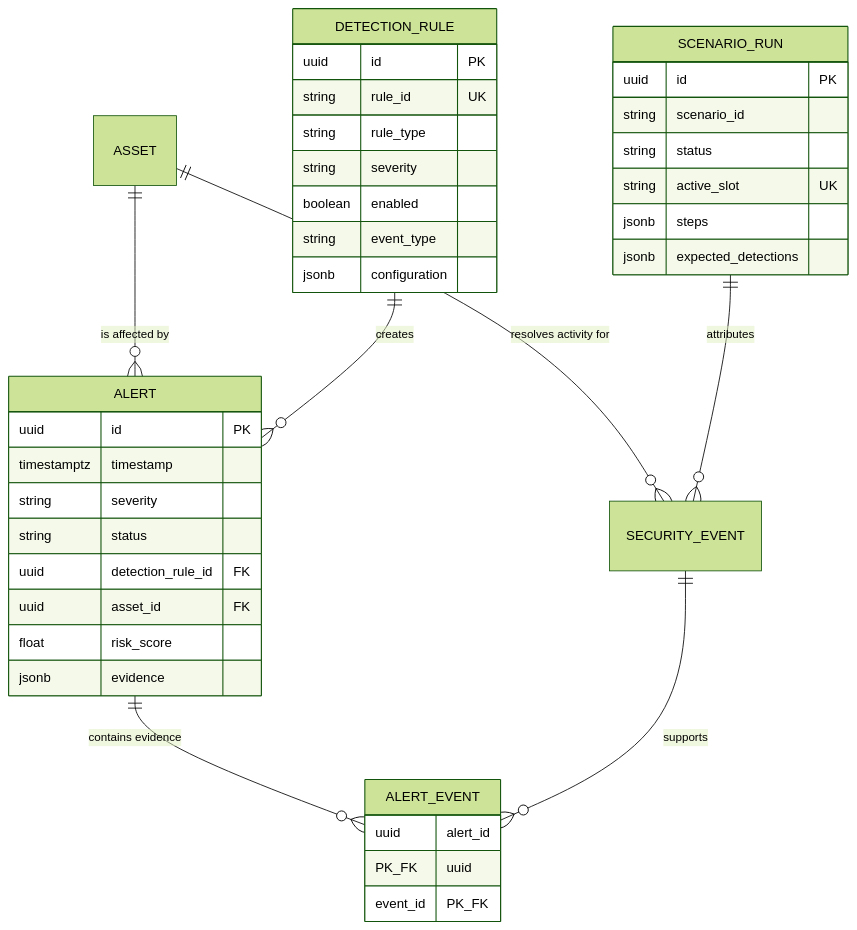
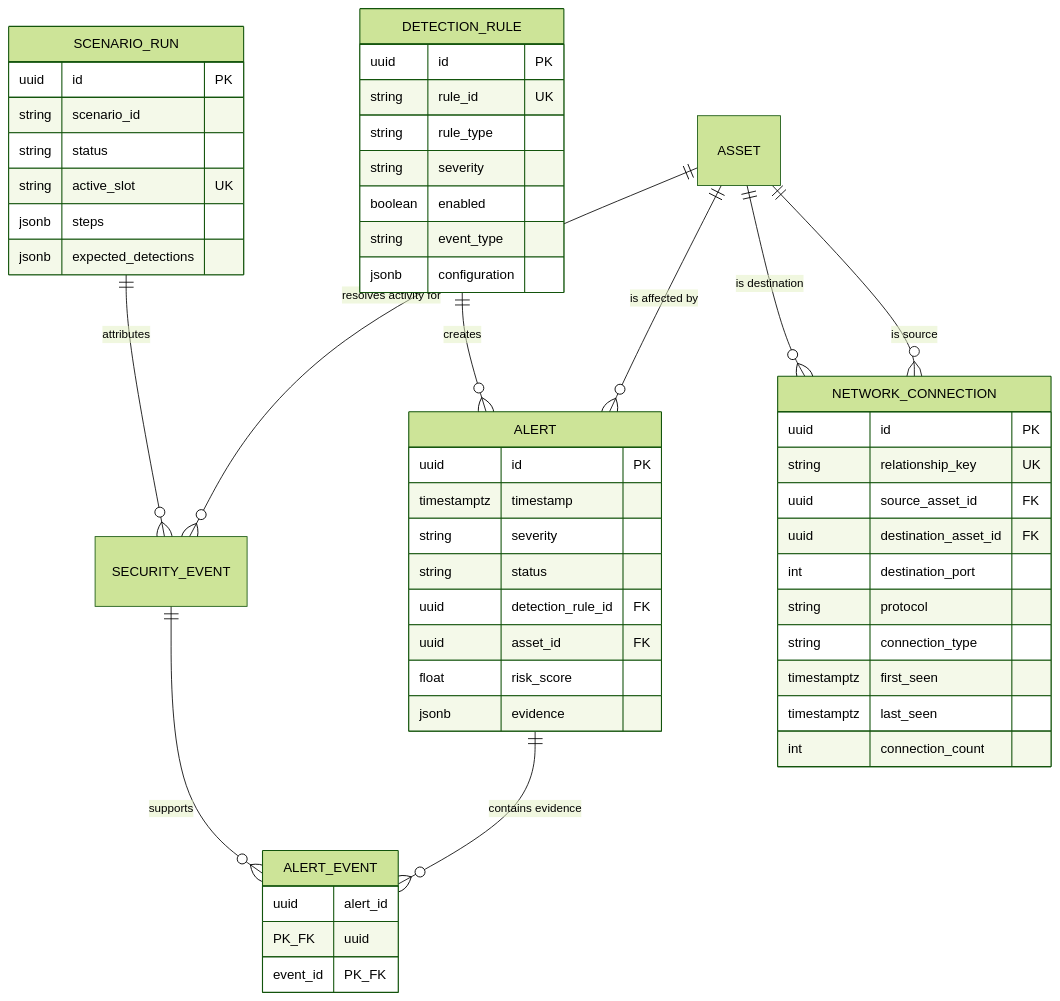
Before and after one commit to Mayroskapnos/sentinel-security-platform: the fourth of 4 diagrams in docs/architecture.md, drawn with Mermaid (forest theme). The commit also changed other lines of this file and 43 other files, not shown here.

````diff
--- a/docs/architecture.md
+++ b/docs/architecture.md
@@ -110,41 +118,55 @@
 ```mermaid
 erDiagram
     ASSET ||--o{ SECURITY_EVENT : "resolves activity for"
     ASSET ||--o{ ALERT : "is affected by"
     DETECTION_RULE ||--o{ ALERT : "creates"
     ALERT ||--o{ ALERT_EVENT : "contains evidence"
     SECURITY_EVENT ||--o{ ALERT_EVENT : "supports"
     SCENARIO_RUN ||--o{ SECURITY_EVENT : "attributes"
+    ASSET ||--o{ NETWORK_CONNECTION : "is source"
+    ASSET ||--o{ NETWORK_CONNECTION : "is destination"
 
     DETECTION_RULE {
         uuid id PK
         string rule_id UK
         string rule_type
         string severity
         boolean enabled
         string event_type
         jsonb configuration
     }
     ALERT {
         uuid id PK
         timestamptz timestamp
         string severity
         string status
         uuid detection_rule_id FK
         uuid asset_id FK
         float risk_score
         jsonb evidence
     }
     ALERT_EVENT {
         uuid alert_id PK_FK
         uuid event_id PK_FK
     }
     SCENARIO_RUN {
         uuid id PK
         string scenario_id
         string status
         string active_slot UK
         jsonb steps
         jsonb expected_detections
     }
+    NETWORK_CONNECTION {
+        uuid id PK
+        string relationship_key UK
+        uuid source_asset_id FK
+        uuid destination_asset_id FK
+        int destination_port
+        string protocol
+        string connection_type
+        timestamptz first_seen
+        timestamptz last_seen
+        int connection_count
+    }
 ```
````
